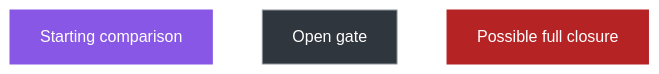
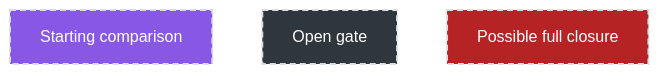
One commit to cameron467/The-Unbreakable-Law changed the fifth of 10 diagrams in Simplified_Framework/WHY_THIS_IS_NOT_A_THEORY_OF_EVERYTHING_YET.md. Above: the diagram before and after it, drawn with Mermaid. The commit also changed other lines of this file, not shown here.

````diff
--- a/Simplified_Framework/WHY_THIS_IS_NOT_A_THEORY_OF_EVERYTHING_YET.md
+++ b/Simplified_Framework/WHY_THIS_IS_NOT_A_THEORY_OF_EVERYTHING_YET.md
@@ -251,18 +245,18 @@
 ```mermaid
 flowchart LR
 
     A["Starting comparison"]
     B["Open gate"]
     C["Possible full closure"]
 
     A ~~~ B
     B ~~~ C
 
-    classDef start fill:#8957e5,stroke:#8957e5,color:#ffffff;
-    classDef open fill:#30363d,stroke:#8b949e,color:#ffffff;
-    classDef final fill:#b62324,stroke:#b62324,color:#ffffff;
+    classDef start fill:#8957e5,stroke:#d8dee4,stroke-width:2px,stroke-dasharray:6 4,color:#ffffff;
+    classDef open fill:#30363d,stroke:#d8dee4,stroke-width:2px,stroke-dasharray:6 4,color:#ffffff;
+    classDef final fill:#b62324,stroke:#d8dee4,stroke-width:2px,stroke-dasharray:6 4,color:#ffffff;
 
     class A start;
     class B open;
     class C final;
 ```
````
